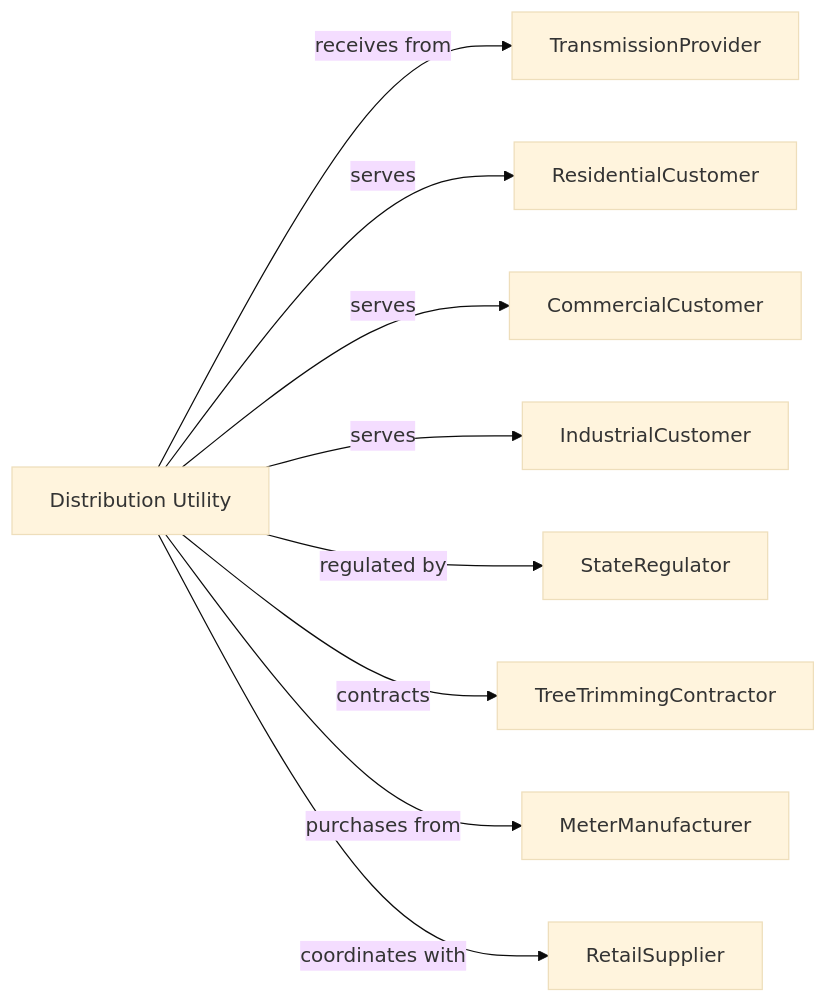
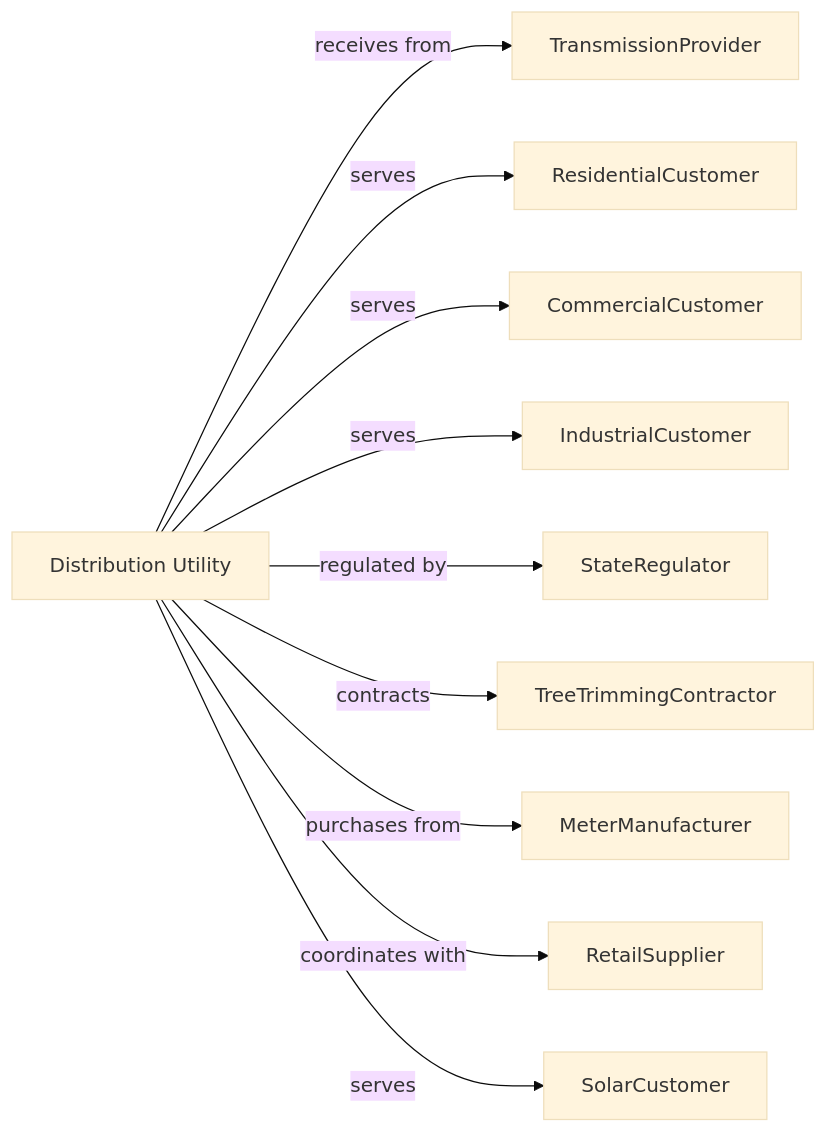
Before and after one commit to dot-org-ai/industries.org.ai: the second of 2 diagrams in Utilities/Utilities/ElectricPowerGenerationTransmissionAndDistribution/ElectricPowerDistribution.mdx, drawn with Mermaid (base theme). The commit also changed 588 other files, not shown here.

````diff
--- a/Utilities/Utilities/ElectricPowerGenerationTransmissionAndDistribution/ElectricPowerDistribution.mdx
+++ b/Utilities/Utilities/ElectricPowerGenerationTransmissionAndDistribution/ElectricPowerDistribution.mdx
@@ -136,13 +136,14 @@
 ```mermaid
 graph LR
     U[Distribution Utility]
 
     U -->|receives from| TransmissionProvider
     U -->|serves| ResidentialCustomer
     U -->|serves| CommercialCustomer
     U -->|serves| IndustrialCustomer
     U -->|regulated by| StateRegulator
     U -->|contracts| TreeTrimmingContractor
     U -->|purchases from| MeterManufacturer
     U -->|coordinates with| RetailSupplier
+    U -->|serves| SolarCustomer
 ```
````
